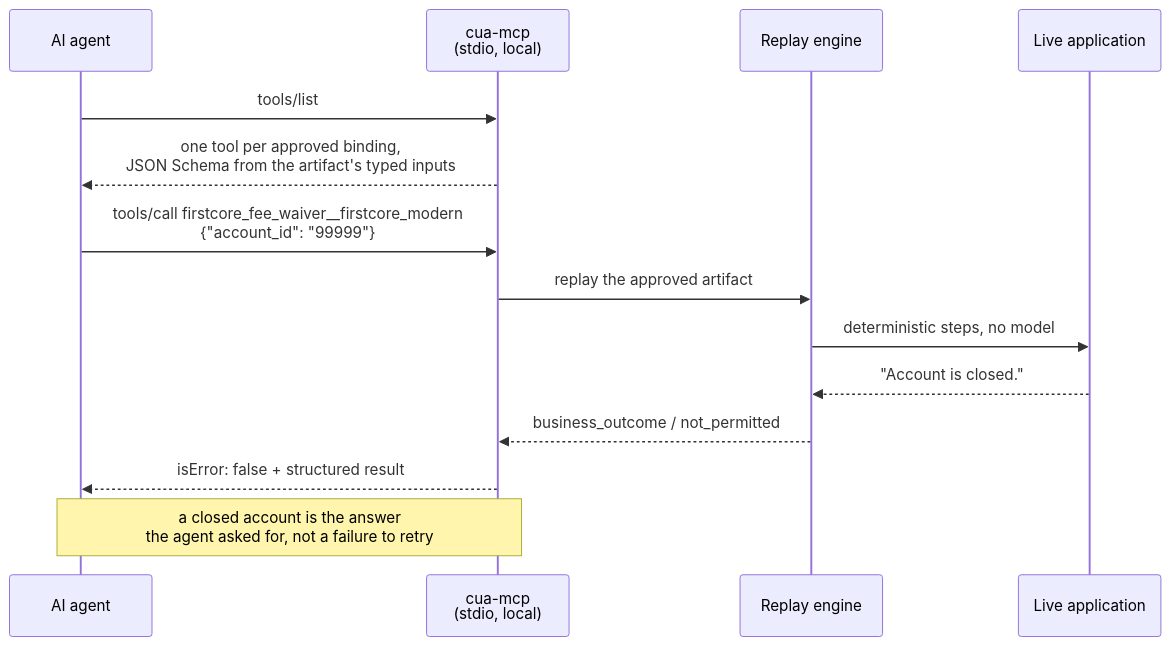
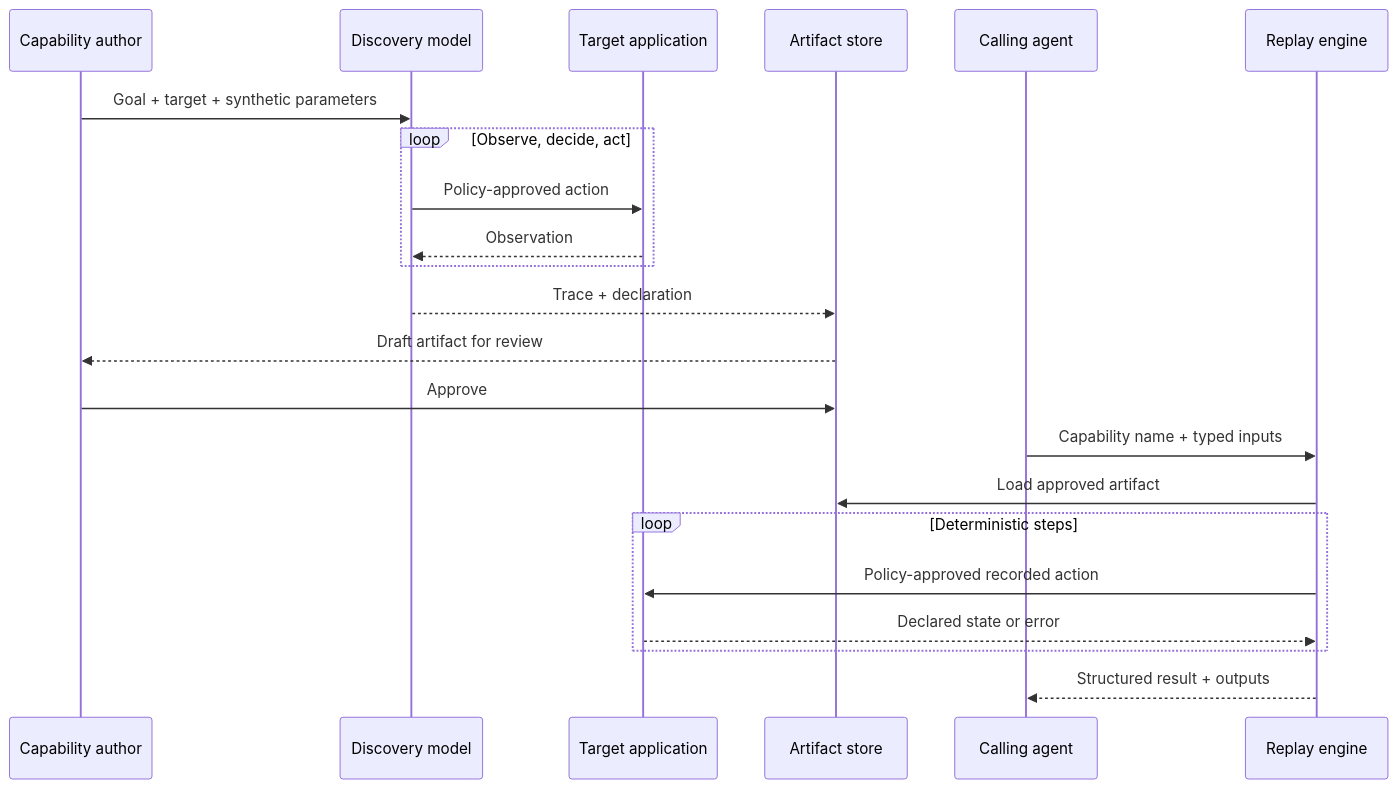
One commit to ssciri09/computer-use-automation-system changed diagram 17 of 17 in docs/ARCHITECTURE.md. Above: the diagram before and after it, drawn with Mermaid. The commit also changed other lines of this file and 109 other files, not shown here.

````diff
--- a/docs/ARCHITECTURE.md
+++ b/docs/ARCHITECTURE.md
@@ -223,17 +397,26 @@
 ```mermaid
 sequenceDiagram
-    participant AG as AI agent
-    participant M as cua-mcp<br/>(stdio, local)
-    participant E as Replay engine
-    participant APP as Live application
+    participant Dev as Capability author
+    participant LLM as Discovery model
+    participant UI as Target application
+    participant Store as Artifact store
+    participant Agent as Calling agent
+    participant Replay as Replay engine
 
-    AG->>M: tools/list
-    M-->>AG: one tool per approved binding,<br/>JSON Schema from the artifact's typed inputs
-    AG->>M: tools/call firstcore_fee_waiver__firstcore_modern<br/>{"account_id": "99999"}
-    M->>E: replay the approved artifact
-    E->>APP: deterministic steps, no model
-    APP-->>E: "Account is closed."
-    E-->>M: business_outcome / not_permitted
-    M-->>AG: isError: false + structured result
-    Note over AG,M: a closed account is the answer<br/>the agent asked for, not a failure to retry
+    Dev->>LLM: Goal + target + synthetic parameters
+    loop Observe, decide, act
+        LLM->>UI: Policy-approved action
+        UI-->>LLM: Observation
+    end
+    LLM-->>Store: Trace + declaration
+    Store-->>Dev: Draft artifact for review
+    Dev->>Store: Approve
+
+    Agent->>Replay: Capability name + typed inputs
+    Replay->>Store: Load approved artifact
+    loop Deterministic steps
+        Replay->>UI: Policy-approved recorded action
+        UI-->>Replay: Declared state or error
+    end
+    Replay-->>Agent: Structured result + outputs
 ```
````
